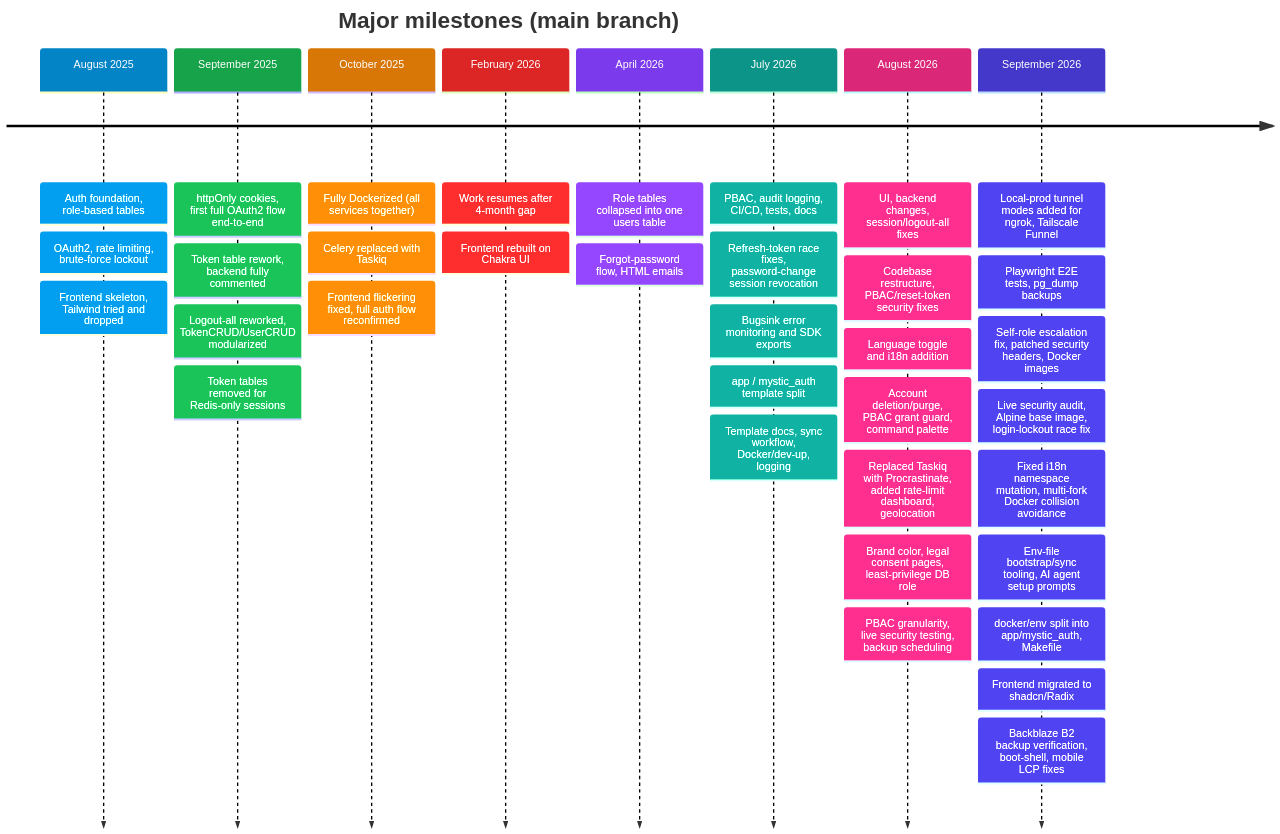
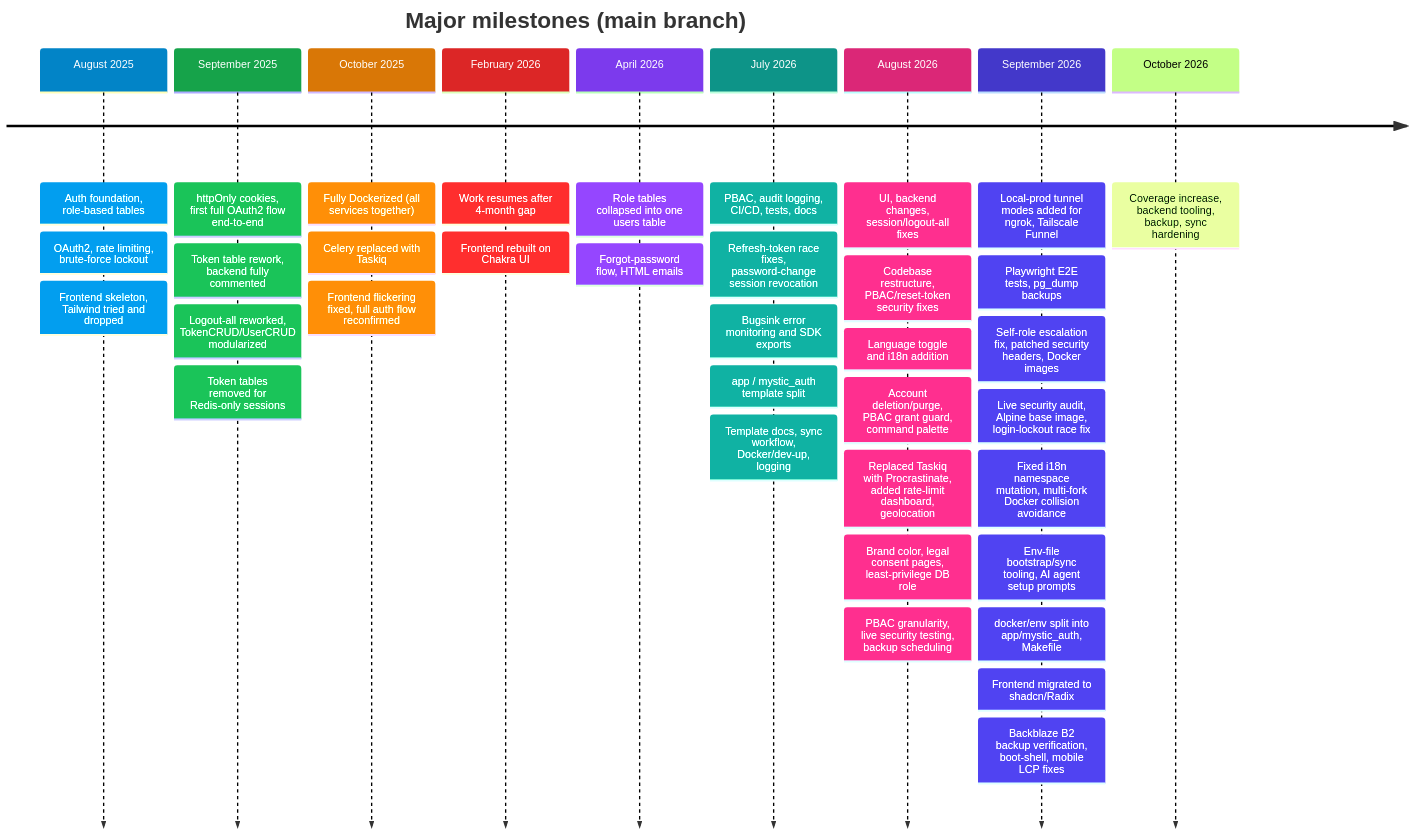
The diagram in docs/mystic_auth/project-story/timeline/README.md (Nachiket-2024/mystic-auth), drawn with Mermaid before and after one commit. The commit also changed other lines of this file and 142 other files, not shown here.

Commit message:
Increased test coverage, added multi-project port configurations, updated backup tooling

````diff
--- a/docs/mystic_auth/project-story/timeline/README.md
+++ b/docs/mystic_auth/project-story/timeline/README.md
@@ -34,40 +34,41 @@
 ```mermaid
 %%{init: {"themeVariables":{"fontSize":"16px","lineColor":"#334155","cScale0":"#0284c7","cScale1":"#16a34a","cScale2":"#d97706","cScale3":"#dc2626","cScale4":"#7c3aed","cScale5":"#0d9488","cScale6":"#db2777","cScale7":"#4338ca","cScaleLabel0":"#ffffff","cScaleLabel1":"#ffffff","cScaleLabel2":"#ffffff","cScaleLabel3":"#ffffff","cScaleLabel4":"#ffffff","cScaleLabel5":"#ffffff","cScaleLabel6":"#ffffff","cScaleLabel7":"#ffffff"}} }%%
 timeline
     title Major milestones (main branch)
     August 2025: Auth foundation, role-based tables
                 : OAuth2, rate limiting, brute-force lockout
                 : Frontend skeleton, Tailwind tried and dropped
     September 2025: httpOnly cookies, first full OAuth2 flow end-to-end
                    : Token table rework, backend fully commented
                    : Logout-all reworked, TokenCRUD/UserCRUD modularized
                    : Token tables removed for Redis-only sessions
     October 2025: Fully Dockerized (all services together)
                  : Celery replaced with Taskiq
                  : Frontend flickering fixed, full auth flow reconfirmed
     February 2026: Work resumes after 4-month gap
                   : Frontend rebuilt on Chakra UI
     April 2026: Role tables collapsed into one users table
                : Forgot-password flow, HTML emails
     July 2026: PBAC, audit logging, CI/CD, tests, docs
               : Refresh-token race fixes, password-change session revocation
               : Bugsink error monitoring and SDK exports
               : app / mystic_auth template split
               : Template docs, sync workflow, Docker/dev-up, logging
     August 2026: UI, backend changes, session/logout-all fixes
                 : Codebase restructure, PBAC/reset-token security fixes
                 : Language toggle and i18n addition
                 : Account deletion/purge, PBAC grant guard, command palette
                 : Replaced Taskiq with Procrastinate, added rate-limit dashboard, geolocation
                 : Brand color, legal consent pages, least-privilege DB role
                 : PBAC granularity, live security testing, backup scheduling
     September 2026: Local-prod tunnel modes added for ngrok, Tailscale Funnel
                    : Playwright E2E tests, pg_dump backups
                    : Self-role escalation fix, patched security headers, Docker images
                    : Live security audit, Alpine base image, login-lockout race fix
                    : Fixed i18n namespace mutation, multi-fork Docker collision avoidance
                    : Env-file bootstrap/sync tooling, AI agent setup prompts
                    : docker/env split into app/mystic_auth, Makefile
                    : Frontend migrated to shadcn/Radix
                    : Backblaze B2 backup verification, boot-shell, mobile LCP fixes
+    October 2026: Coverage increase, backend tooling, backup, sync hardening
 ```
````
